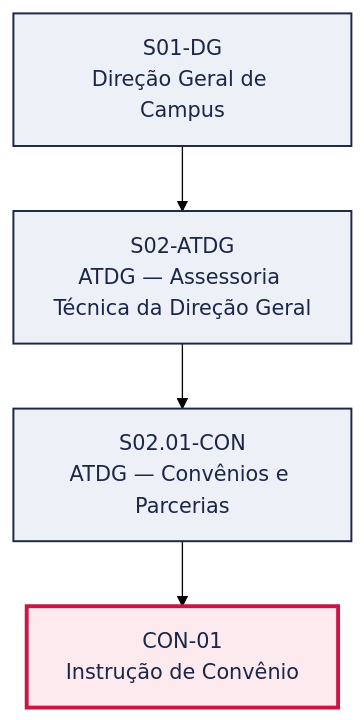
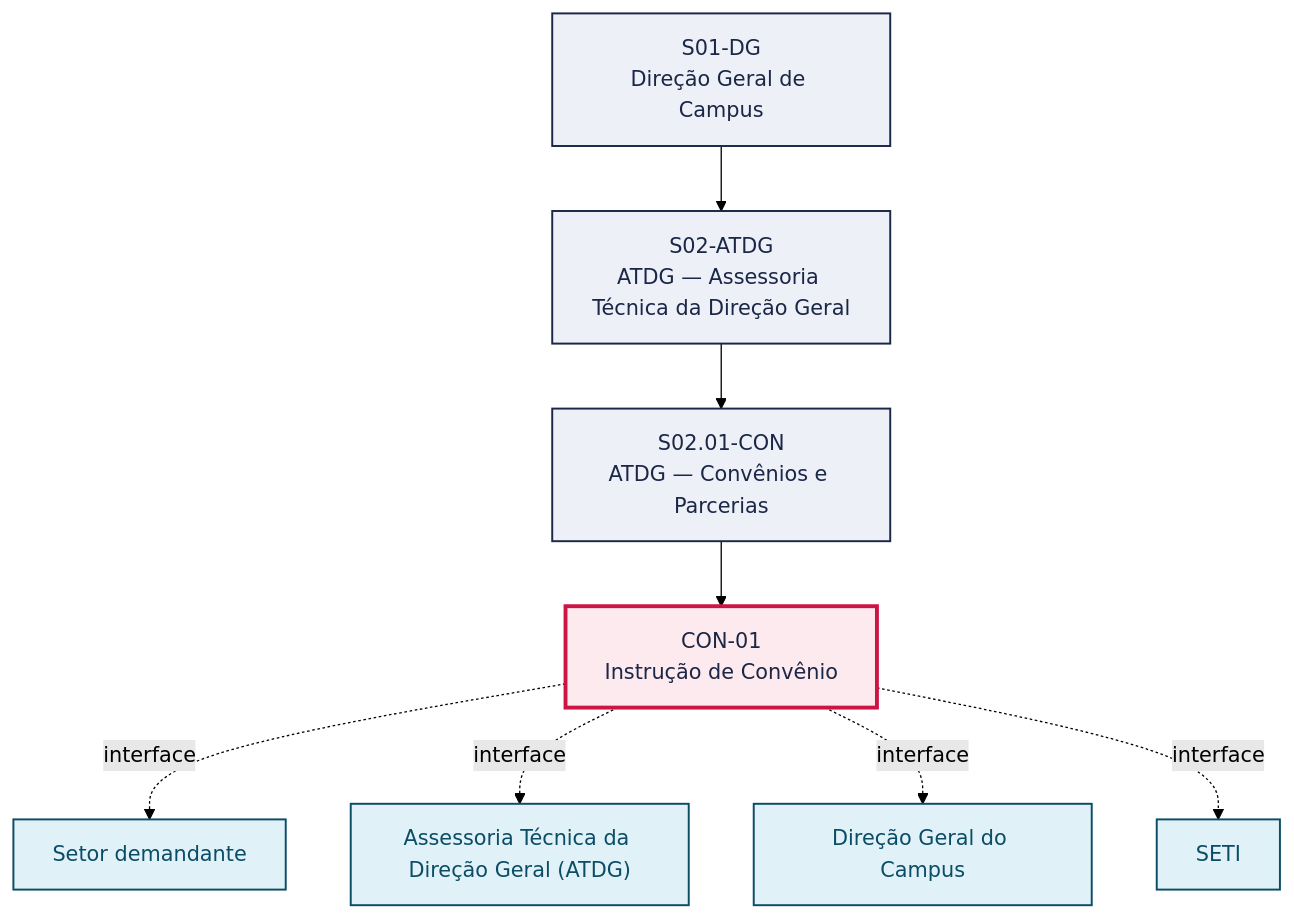
Before and after one commit to jessefers/canvas-vivo-atdg: the first of 2 diagrams in pops/CON/CON-01.md, drawn with Mermaid (forest theme). The commit also changed other lines of this file and 61 other files, not shown here.

````diff
--- a/pops/CON/CON-01.md
+++ b/pops/CON/CON-01.md
@@ -49,15 +52,24 @@
 ```mermaid
 graph TD
   S01_DG["S01-DG<br/>Direção Geral de Campus"]
   S02_ATDG["S02-ATDG<br/>ATDG — Assessoria Técnica da Direção Geral"]
   S01_DG --> S02_ATDG
   S02_01_CON["S02.01-CON<br/>ATDG — Convênios e Parcerias"]
   S02_ATDG --> S02_01_CON
   P["CON-01<br/>Instrução de Convênio"]
   S02_01_CON --> P
+  V1["Setor demandante"]
+  P -. interface .-> V1
+  V2["Assessoria Técnica da Direção Geral (ATDG)"]
+  P -. interface .-> V2
+  V3["Direção Geral do Campus"]
+  P -. interface .-> V3
+  V4["SETI"]
+  P -. interface .-> V4
   classDef setor fill:#EEF0F7,stroke:#1B2747,stroke-width:1.5px,color:#1B2747
   classDef destaque fill:#FDEAEE,stroke:#CC1544,stroke-width:3px,color:#1B2747
   classDef vizinho fill:#E0F2F8,stroke:#0B4D66,stroke-width:1.5px,color:#0B4D66
   class S01_DG,S02_ATDG,S02_01_CON setor
   class P destaque
+  class V1,V2,V3,V4 vizinho
 ```
````
